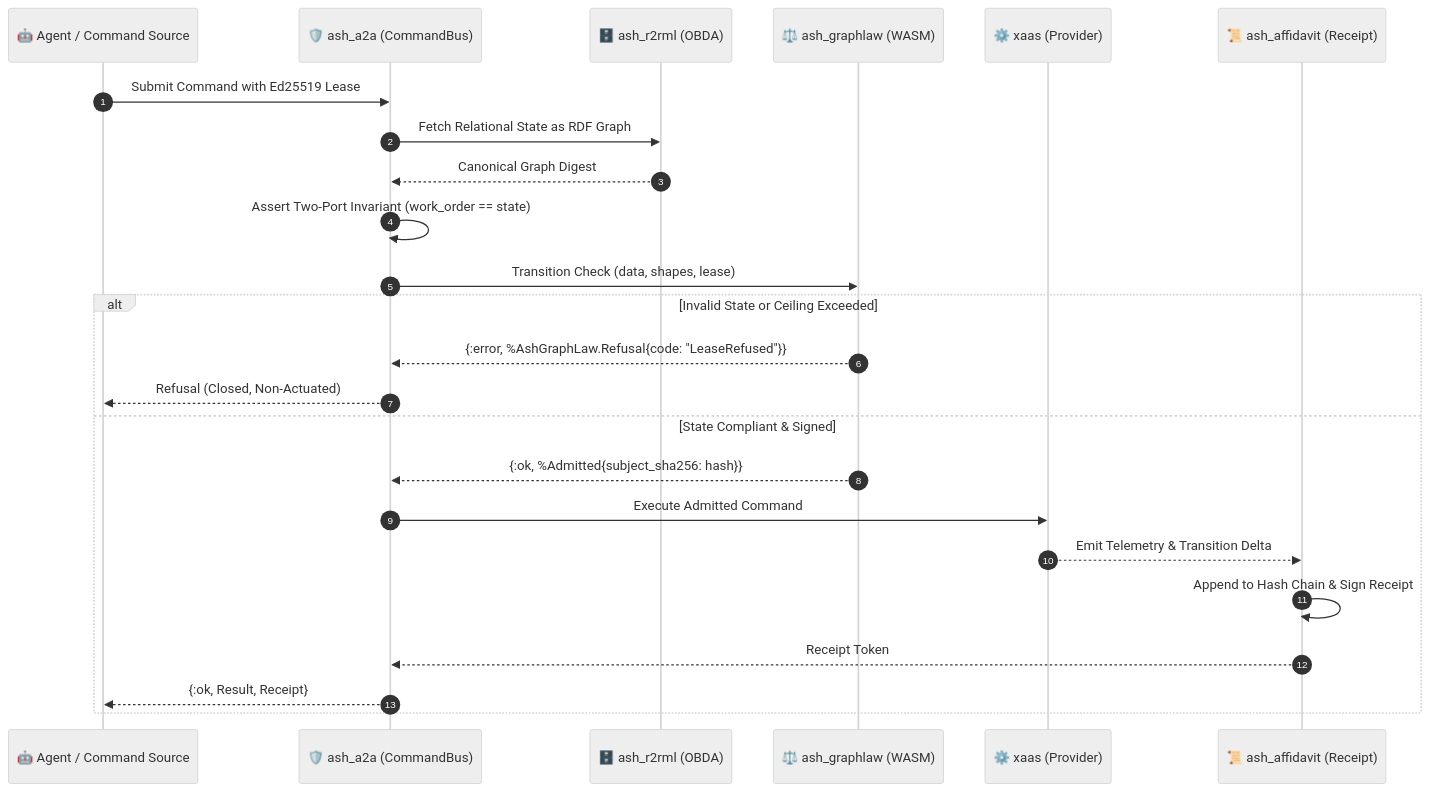
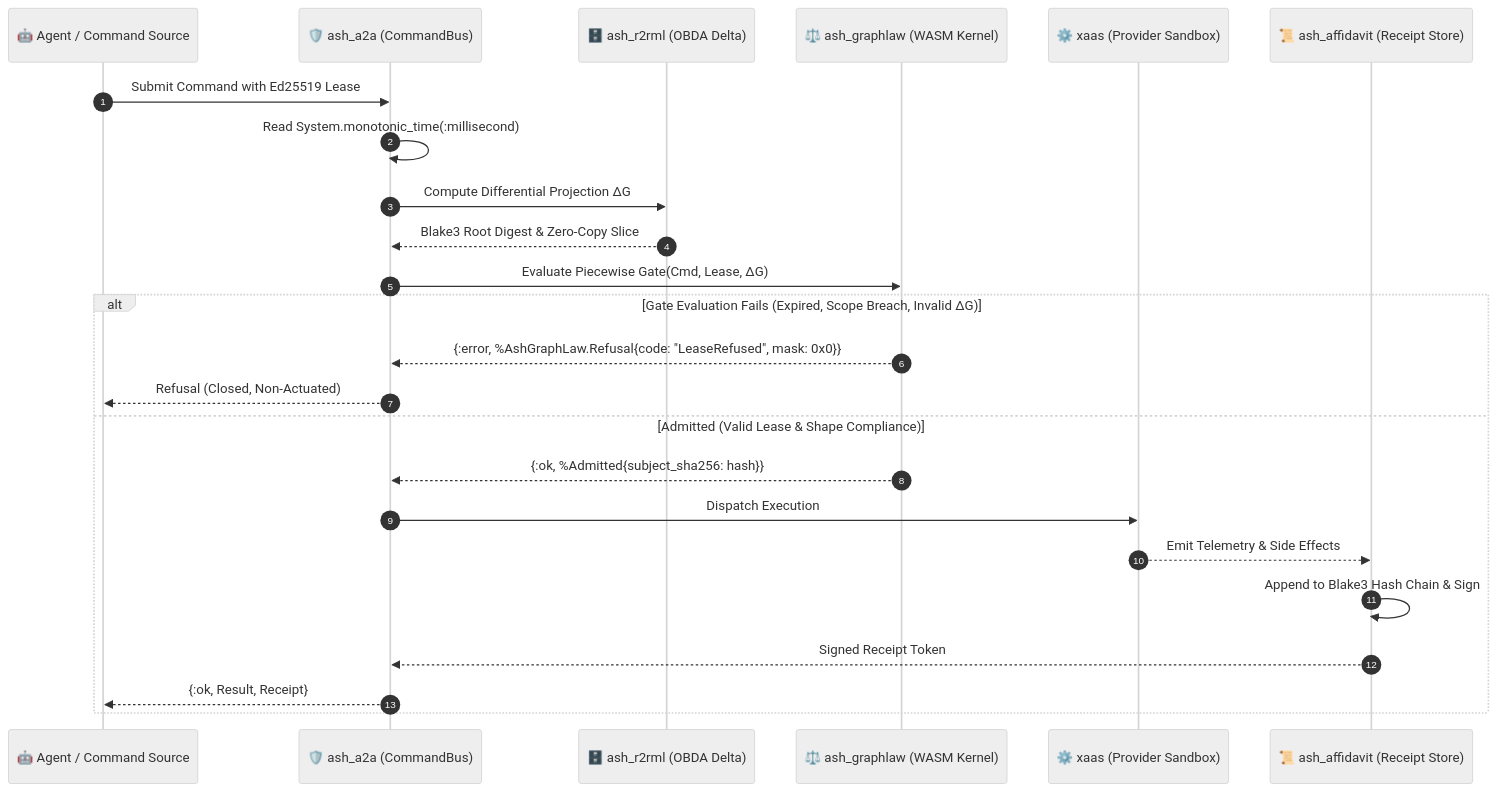
Before and after one commit to seanchatmangpt/chatman-ecosystem: the fourth of 6 diagrams in docs/architecture/loops-of-loops.md, drawn with Mermaid (neutral theme). The commit also changed other lines of this file, not shown here.

Commit message:
docs(architecture): harden loops-of-loops with differential projection, epistemic horizon, and monotonic restriction

````diff
--- a/docs/architecture/loops-of-loops.md
+++ b/docs/architecture/loops-of-loops.md
@@ -162,27 +171,27 @@
 ```mermaid
 sequenceDiagram
     autonumber
     participant Agent as 🤖 Agent / Command Source
     participant A2A as 🛡️ ash_a2a (CommandBus)
-    participant R2RML as 🗄️ ash_r2rml (OBDA)
-    participant GLAW as ⚖️ ash_graphlaw (WASM)
-    participant XAAS as ⚙️ xaas (Provider)
-    participant AFF as 📜 ash_affidavit (Receipt)
+    participant R2RML as 🗄️ ash_r2rml (OBDA Delta)
+    participant GLAW as ⚖️ ash_graphlaw (WASM Kernel)
+    participant XAAS as ⚙️ xaas (Provider Sandbox)
+    participant AFF as 📜 ash_affidavit (Receipt Store)
 
     Agent->>A2A: Submit Command with Ed25519 Lease
-    A2A->>R2RML: Fetch Relational State as RDF Graph
-    R2RML-->>A2A: Canonical Graph Digest
-    A2A->>A2A: Assert Two-Port Invariant (work_order == state)
-    A2A->>GLAW: Transition Check (data, shapes, lease)
-    alt Invalid State or Ceiling Exceeded
-        GLAW-->>A2A: {:error, %AshGraphLaw.Refusal{code: "LeaseRefused"}}
+    A2A->>A2A: Read System.monotonic_time(:millisecond)
+    A2A->>R2RML: Compute Differential Projection ΔG
+    R2RML-->>A2A: Blake3 Root Digest & Zero-Copy Slice
+    A2A->>GLAW: Evaluate Piecewise Gate(Cmd, Lease, ΔG)
+    alt Gate Evaluation Fails (Expired, Scope Breach, Invalid ΔG)
+        GLAW-->>A2A: {:error, %AshGraphLaw.Refusal{code: "LeaseRefused", mask: 0x0}}
         A2A-->>Agent: Refusal (Closed, Non-Actuated)
-    else State Compliant & Signed
+    else Admitted (Valid Lease & Shape Compliance)
         GLAW-->>A2A: {:ok, %Admitted{subject_sha256: hash}}
-        A2A->>XAAS: Execute Admitted Command
-        XAAS-->>AFF: Emit Telemetry & Transition Delta
-        AFF->>AFF: Append to Hash Chain & Sign Receipt
-        AFF-->>A2A: Receipt Token
+        A2A->>XAAS: Dispatch Execution
+        XAAS-->>AFF: Emit Telemetry & Side Effects
+        AFF->>AFF: Append to Blake3 Hash Chain & Sign
+        AFF-->>A2A: Signed Receipt Token
         A2A-->>Agent: {:ok, Result, Receipt}
     end
 ```
````
